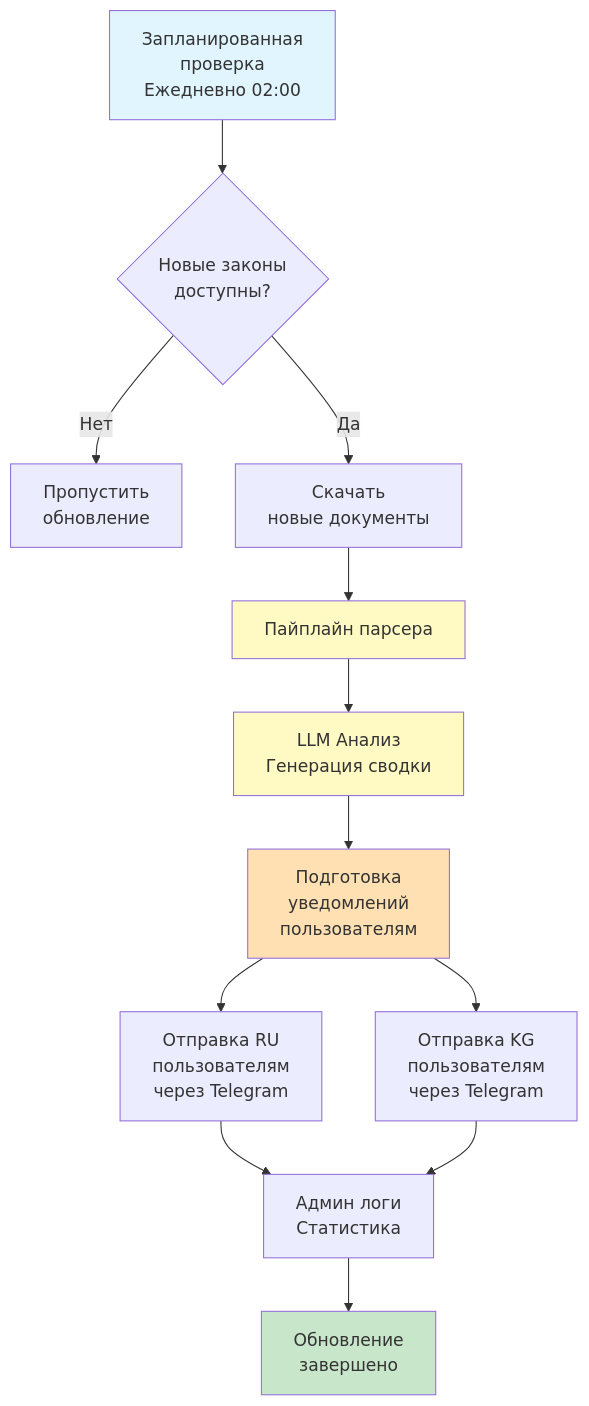
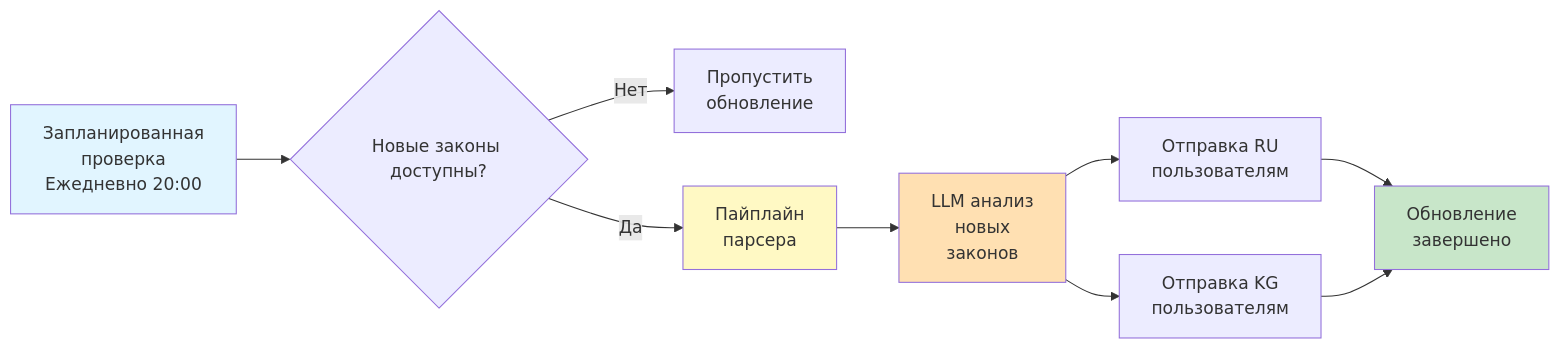
The fourth of 5 diagrams in README.ru.md (Hanbiike/law-rag-system), drawn with Mermaid before and after one commit. The commit also changed other lines of this file and 9 other files, not shown here.

````diff
--- a/README.ru.md
+++ b/README.ru.md
@@ -492,28 +460,21 @@
 ```mermaid
-flowchart TD
-    A[Запланированная<br/>проверка<br/>Ежедневно 02:00] --> B{Новые законы<br/>доступны?}
+flowchart LR
+    A[Запланированная<br/>проверка<br/>Ежедневно 20:00] --> B{Новые законы доступны?}
     
     B -->|Нет| C[Пропустить<br/>обновление]
-    B -->|Да| D[Скачать<br/>новые документы]
-    
-    D --> E[Пайплайн парсера]
+    B -->|Да| E[Пайплайн<br/>парсера]
     
     
-    E --> K[LLM Анализ<br/>Генерация сводки]
+    E --> L[LLM анализ<br/>новых<br/>законов]
     
-    K --> L[Подготовка<br/>уведомлений<br/>пользователям]
+    L --> M1[Отправка RU<br/>пользователям]
+    L --> M2[Отправка KG<br/>пользователям]
     
-    L --> M1[Отправка RU<br/>пользователям<br/>через Telegram]
-    L --> M2[Отправка KG<br/>пользователям<br/>через Telegram]
-    
-    M1 --> N[Админ логи<br/>Статистика]
-    M2 --> N
-    
-    N --> O[Обновление<br/>завершено]
+    M1 --> O
+    M2 --> O[Обновление<br/>завершено]
     
     style A fill:#e1f5ff
     style O fill:#c8e6c9
     style E fill:#fff9c4
-    style K fill:#fff9c4
     style L fill:#ffe0b2
 ```
````
